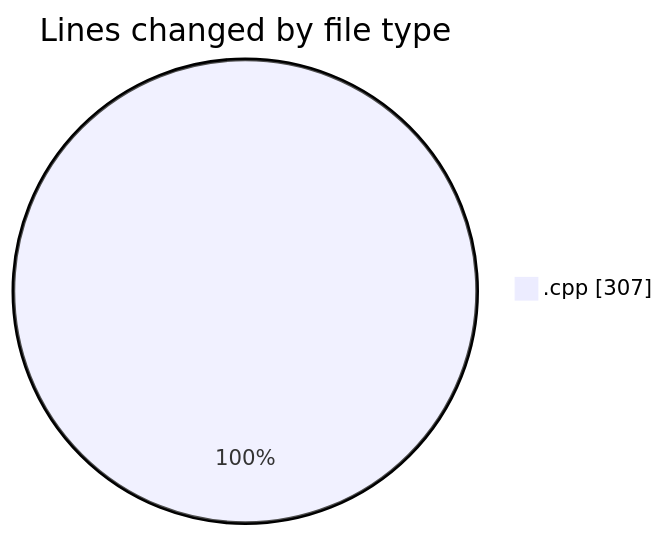
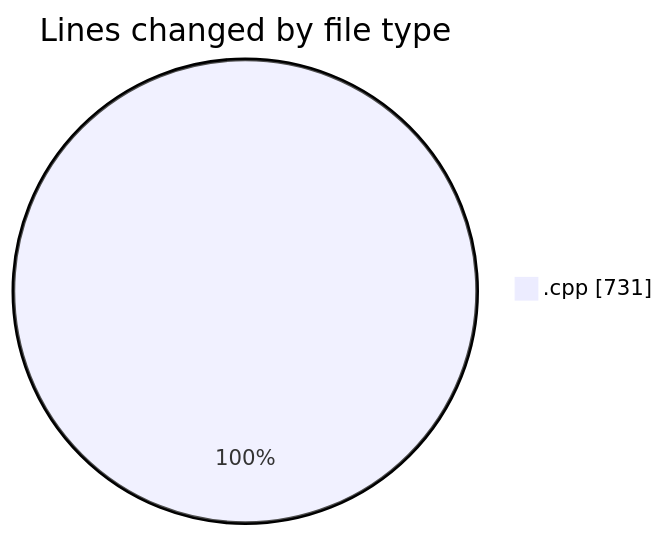
One commit to Ritupan-Deka/code-tracking changed the first of 2 diagrams in 2025-06-21/refinedproject/README.md. Above: the diagram before and after it, drawn with Mermaid. The commit also changed other lines of this file and 1 other file, not shown here.

````diff
--- a/2025-06-21/refinedproject/README.md
+++ b/2025-06-21/refinedproject/README.md
@@ -21,5 +22,5 @@
 ```mermaid
 pie showData
 title Lines changed by file type
-".cpp" : 307
+".cpp" : 731
 ```
````
